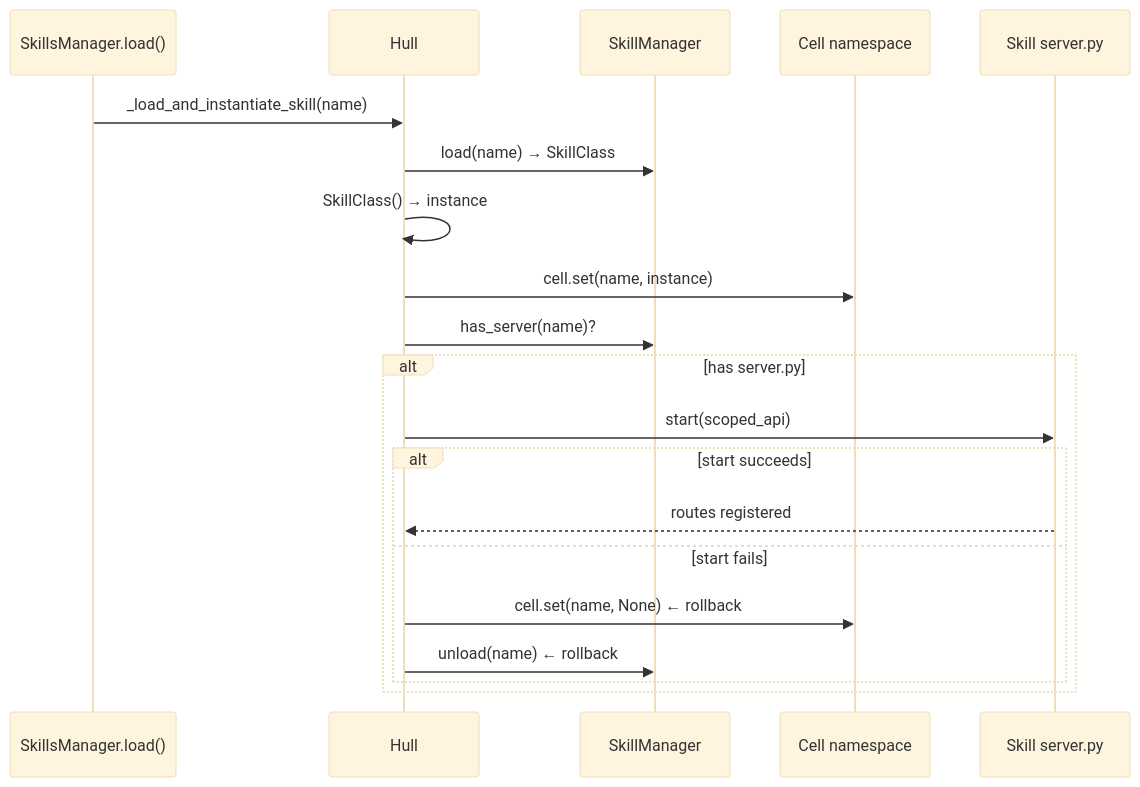
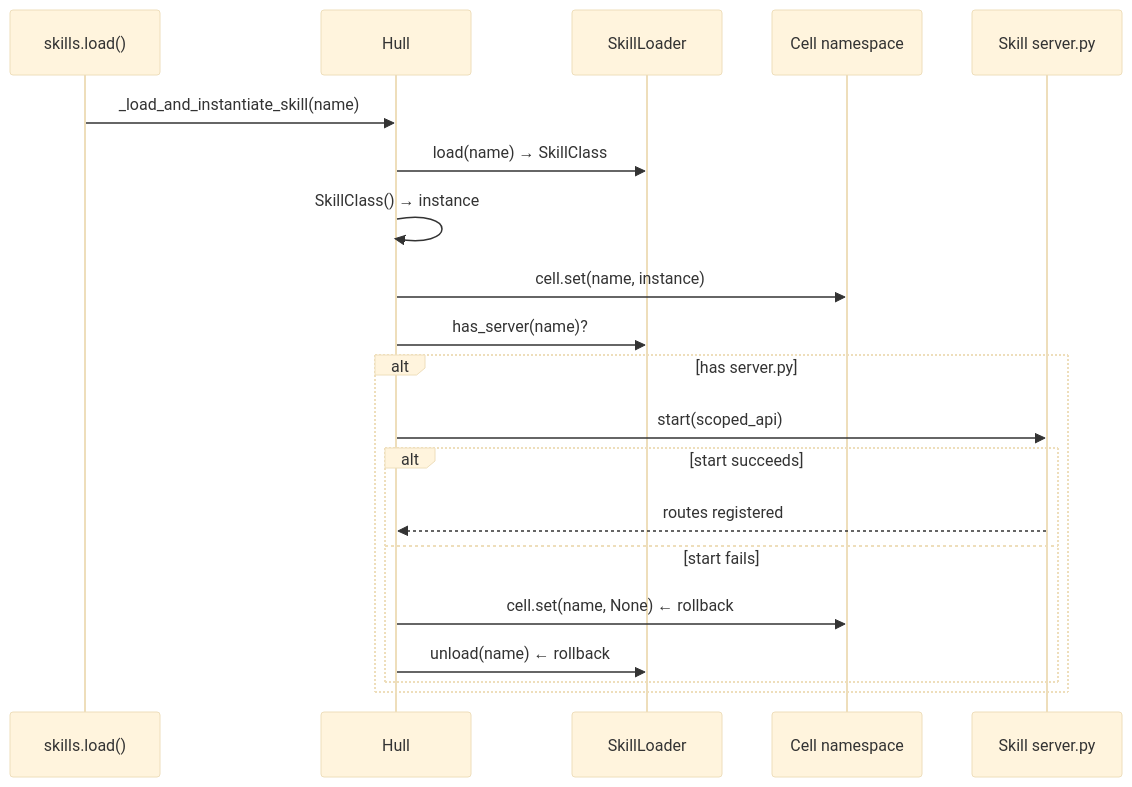
One commit to vessal-ai/vessal changed the second of 3 diagrams in src/vessal/ark/shell/hull/CONTEXT.md. Above: the diagram before and after it, drawn with Mermaid (base theme). The commit also changed other lines of this file and 266 other files, not shown here.

First line of the commit message:
release: v0.0.4 — Console redesign, Shell/Hull/Cell architecture, CLI wizards (#16)

````diff
--- a/src/vessal/ark/shell/hull/CONTEXT.md
+++ b/src/vessal/ark/shell/hull/CONTEXT.md
@@ -52,24 +52,24 @@
 ```mermaid
 sequenceDiagram
-    participant Meta as SkillsManager.load()
+    participant Skills as skills.load()
     participant Hull
-    participant SM as SkillManager
+    participant SM as SkillLoader
     participant NS as Cell namespace
     participant Server as Skill server.py
 
-    Meta->>Hull: _load_and_instantiate_skill(name)
+    Skills->>Hull: _load_and_instantiate_skill(name)
     Hull->>SM: load(name) → SkillClass
     Hull->>Hull: SkillClass() → instance
     Hull->>NS: cell.set(name, instance)
 
     Hull->>SM: has_server(name)?
     alt has server.py
         Hull->>Server: start(scoped_api)
         alt start succeeds
             Server-->>Hull: routes registered
         else start fails
             Hull->>NS: cell.set(name, None)  ← rollback
             Hull->>SM: unload(name)          ← rollback
         end
     end
 ```
````
